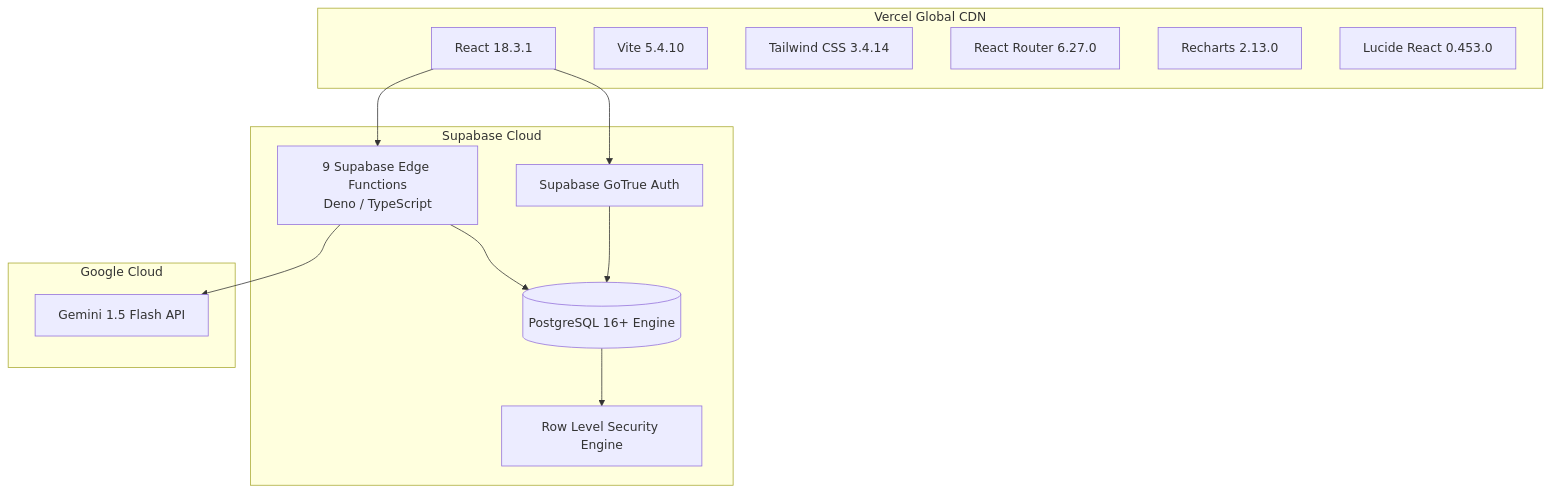
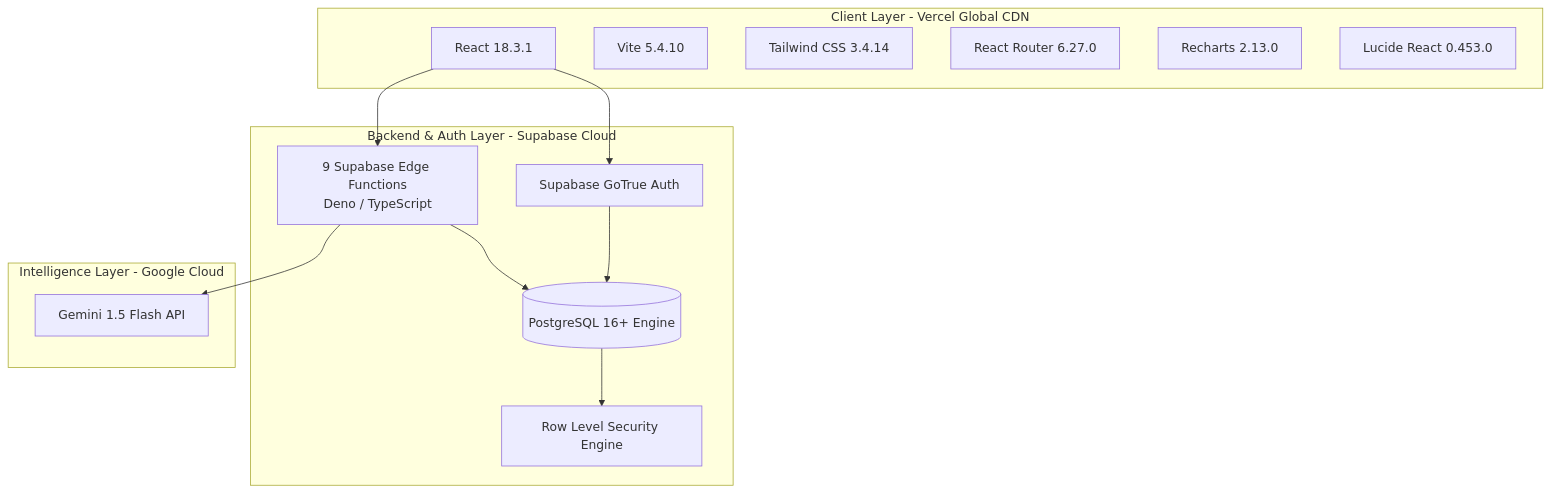
The diagram in docs/TECHNOLOGY_STACK.md (parthkprogrammer/FanPulse_AI), drawn with Mermaid before and after one commit. The commit also changed 14 other files, not shown here.

Commit message:
docs: fix Mermaid subgraph syntax for GitHub markdown rendering compatibility

````diff
--- a/docs/TECHNOLOGY_STACK.md
+++ b/docs/TECHNOLOGY_STACK.md
@@ -11,29 +11,29 @@
 ```mermaid
 flowchart TD
-    subgraph Client Layer [Vercel Global CDN]
-        React[React 18.3.1]
-        Vite[Vite 5.4.10]
-        Tailwind[Tailwind CSS 3.4.14]
-        Router[React Router 6.27.0]
-        Charts[Recharts 2.13.0]
-        Icons[Lucide React 0.453.0]
+    subgraph CLIENT["Client Layer - Vercel Global CDN"]
+        React["React 18.3.1"]
+        Vite["Vite 5.4.10"]
+        Tailwind["Tailwind CSS 3.4.14"]
+        Router["React Router 6.27.0"]
+        Charts["Recharts 2.13.0"]
+        Icons["Lucide React 0.453.0"]
     end
 
-    subgraph Backend & Auth Layer [Supabase Cloud]
-        GoTrue[Supabase GoTrue Auth]
-        Edge[9 Supabase Edge Functions<br/>Deno / TypeScript]
-        Postgres[(PostgreSQL 16+ Engine)]
-        RLS[Row Level Security Engine]
+    subgraph BACKEND["Backend & Auth Layer - Supabase Cloud"]
+        GoTrue["Supabase GoTrue Auth"]
+        Edge["9 Supabase Edge Functions<br/>Deno / TypeScript"]
+        Postgres[("PostgreSQL 16+ Engine")]
+        RLS["Row Level Security Engine"]
     end
 
-    subgraph Intelligence Layer [Google Cloud]
-        Gemini[Gemini 1.5 Flash API]
+    subgraph AI_LAYER["Intelligence Layer - Google Cloud"]
+        Gemini["Gemini 1.5 Flash API"]
     end
 
     React --> Edge
     React --> GoTrue
     Edge --> Postgres
     Edge --> Gemini
     GoTrue --> Postgres
     Postgres --> RLS
 ```
````
